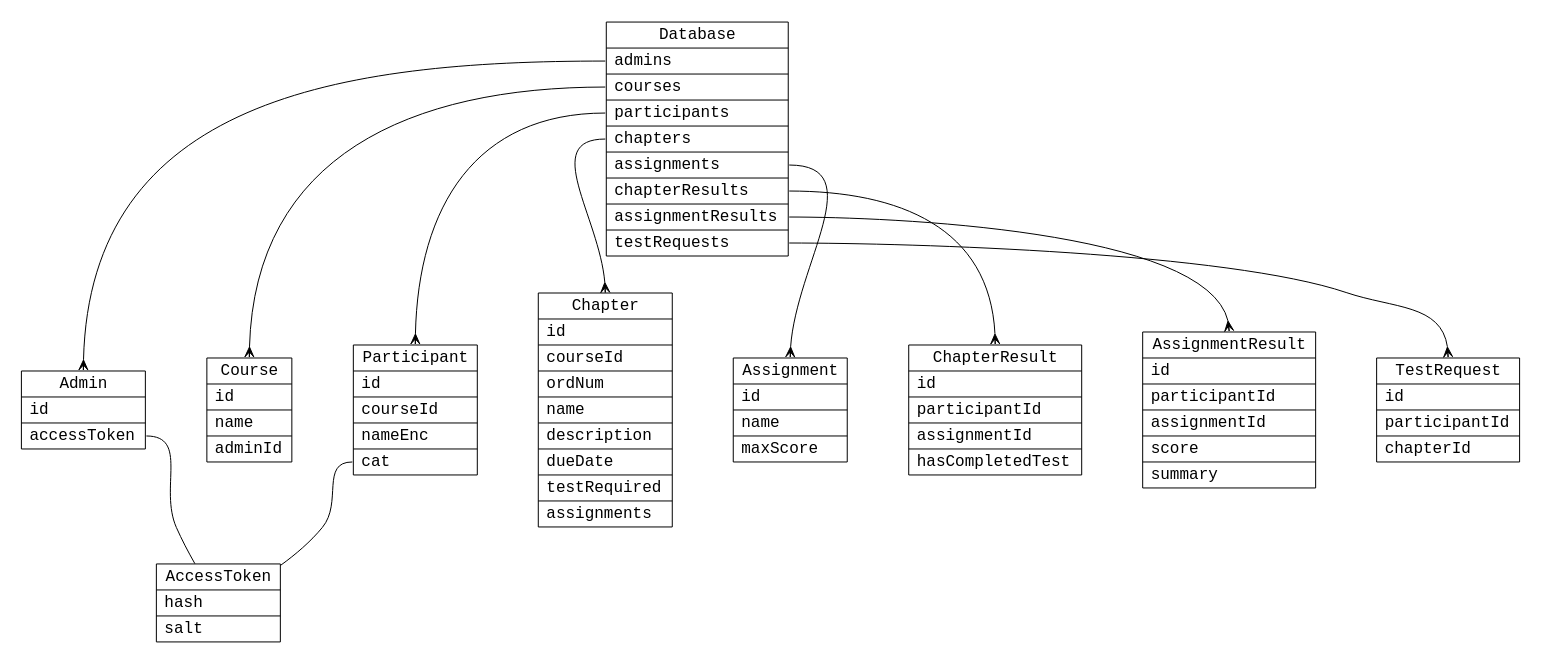
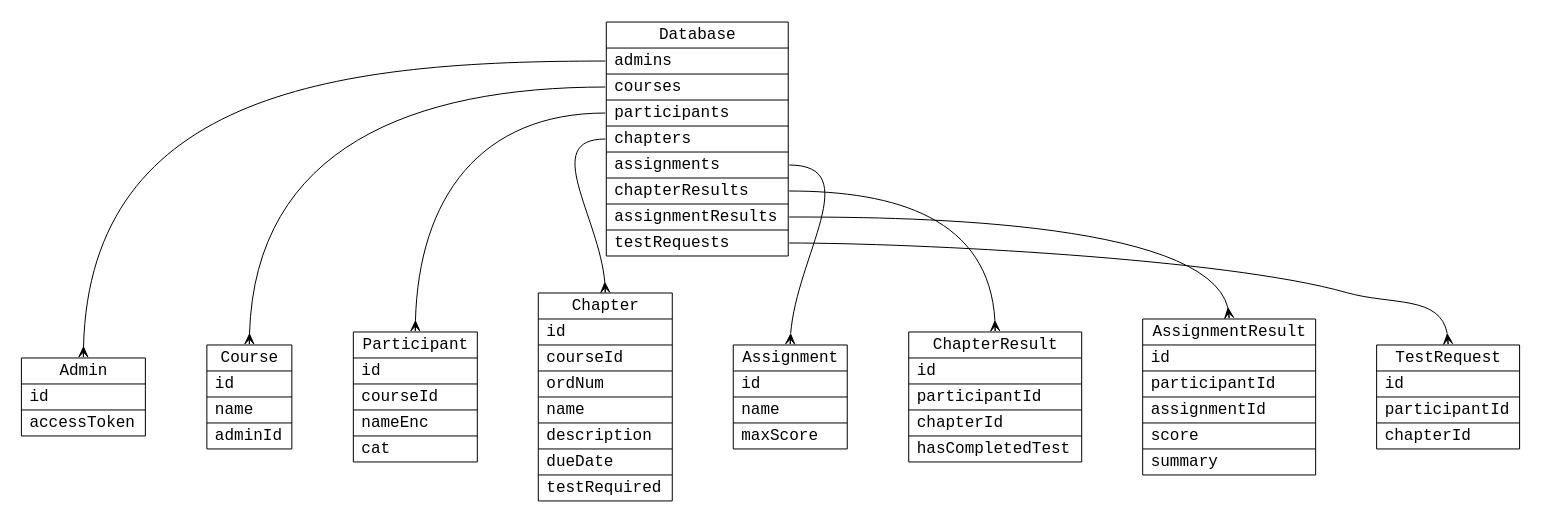
One commit to T0astBread/EasyMark changed the diagram in doc/data_model.dot. Above: the diagram before and after it, drawn with Graphviz. The commit also changed 11 other files, not shown here.

```diff
--- a/doc/data_model.dot
+++ b/doc/data_model.dot
@@ -1,125 +1,113 @@
 digraph G {
     graph [pad=".2",nodesep=".85",ranksep=".5"]
     fontname="monospace"
 	fontsize=16
 
 	node [
     	fontname="monospace"
 		fontsize=16
 		shape="record"
 	]
 
 	edge [
     	fontname="monospace"
 		fontsize=16
 	]
 
 
 
 	Database [
 		label="{\N
 		|<admins> admins\l
 		|<courses> courses\l
 		|<participants> participants\l
 		|<chapters> chapters\l
 		|<assignments> assignments\l
 		|<chapterResults> chapterResults\l
 		|<assignmentResults> assignmentResults\l
 		|<testRequests> testRequests\l
 		}"
 	]
 
 	Admin [
 		label="{\N
 		|<id> id\l
 		|<accessToken> accessToken\l
 		}"
 	]
 	
 	Course [
 		label="{\N
 		|<id> id\l
 		|name\l
 		|<adminId> adminId\l
 		}"
 	]
 
-	AccessToken [
-		label="{\N
-		|hash\l
-		|salt\l
-		}"
-	]
-
 	Participant [
 		label="{\N
 		|<id> id\l
 		|<courseId> courseId\l
 		|nameEnc\l
 		|<cat> cat\l
 		}"
 	]
 
 	Chapter [
 		label="{\N
 		|<id> id\l
 		|<courseId> courseId\l
 		|ordNum\l
 		|name\l
 		|description\l
 		|dueDate\l
 		|testRequired\l
-		|<assignments> assignments\l
 		}"
 	]
 
 	Assignment [
 		label="{\N
 		|<id> id\l
 		|name\l
 		|maxScore\l
 		}"
 	]
 
 	ChapterResult [
 		label="{\N
 		|<id> id\l
 		|<participantId> participantId\l
-		|<assignmentId> assignmentId\l
+		|<chapterId> chapterId\l
 		|hasCompletedTest\l
 		}"
 	]
 
 	AssignmentResult [
 		label="{\N
 		|<id> id\l
 		|<participantId> participantId\l
 		|<assignmentId> assignmentId\l
 		|score\l
 		|summary\l
 		}"
 	]
 
 	TestRequest [
 		label="{\N
 		|<id> id\l
 		|<participantId> participantId\l
 		|<chapterId> chapterId\l
 		}"
 	]
 
 
 
 	Database:admins -> Admin:n [arrowhead="crow"]
 	Database:courses -> Course:n [arrowhead="crow"]
 	Database:participants -> Participant:n [arrowhead="crow"]
 	Database:chapters -> Chapter:n [arrowhead="crow"]
 	Database:assignments -> Assignment:n [arrowhead="crow"]
 	Database:chapterResults -> ChapterResult:n [arrowhead="crow"]
 	Database:assignmentResults -> AssignmentResult:n [arrowhead="crow"]
 	Database:testRequests -> TestRequest:n [arrowhead="crow"]
-
-	Admin:accessToken -> AccessToken [arrowhead="none"]
-	
-	Participant:cat:w -> AccessToken [arrowhead="none"]
 }
```
